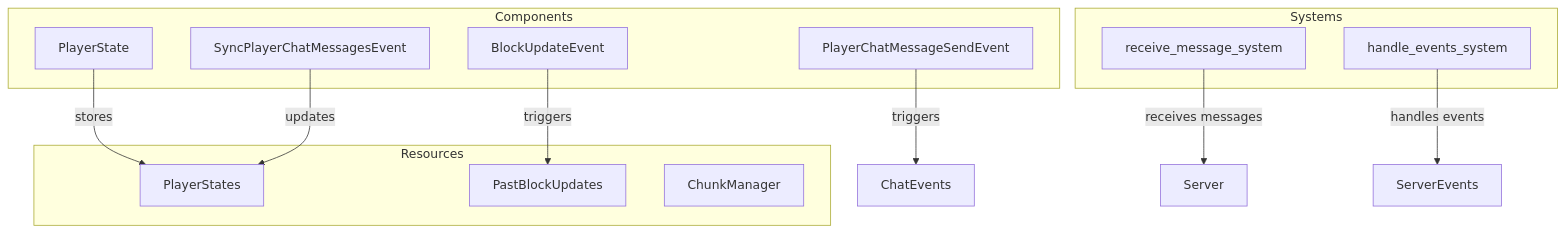
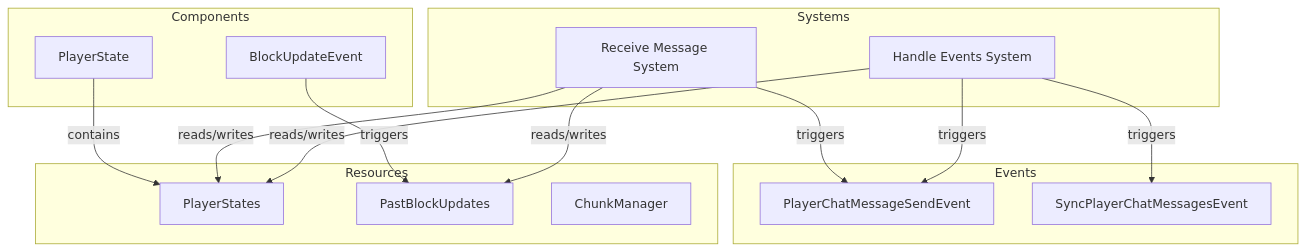
Before and after one commit to CuddlyBunion341/rsmc: the diagram in docs/server/networking.md, drawn with Mermaid. The commit also changed other lines of this file and 12 other files, not shown here.

````diff
--- a/docs/server/networking.md
+++ b/docs/server/networking.md
@@ -9,32 +10,34 @@
 ```mermaid
 graph TD
     subgraph Components
         PlayerState[PlayerState]
         BlockUpdateEvent[BlockUpdateEvent]
-        PlayerChatMessageSendEvent[PlayerChatMessageSendEvent]
-        SyncPlayerChatMessagesEvent[SyncPlayerChatMessagesEvent]
     end
-
+    
+    subgraph Systems
+        ReceiveMessageSystem[Receive Message System]
+        HandleEventsSystem[Handle Events System]
+    end
+    
     subgraph Resources
         PlayerStates[PlayerStates]
         PastBlockUpdates[PastBlockUpdates]
         ChunkManager[ChunkManager]
     end
+    
+    subgraph Events
+        PlayerChatMessageSendEvent[PlayerChatMessageSendEvent]
+        SyncPlayerChatMessagesEvent[SyncPlayerChatMessagesEvent]
+    end
 
-    subgraph Systems
-        ReceiveMessageSystem[receive_message_system]
-        HandleEventsSystem[handle_events_system]
-    end
-    
-    PlayerState -->|stores| PlayerStates
+    PlayerState -->|contains| PlayerStates
     BlockUpdateEvent -->|triggers| PastBlockUpdates
-    PlayerChatMessageSendEvent -->|triggers| ChatEvents
-    SyncPlayerChatMessagesEvent -->|updates| PlayerStates
 
-    ReceiveMessageSystem -->|receives messages| Server
-    HandleEventsSystem -->|handles events| ServerEvents
+    ReceiveMessageSystem -->|reads/writes| PlayerStates
+    ReceiveMessageSystem -->|reads/writes| PastBlockUpdates
+    ReceiveMessageSystem -->|triggers| PlayerChatMessageSendEvent
 
-    classDef components fill:#f9f,stroke:#333,stroke-width:2px;
-    classDef resources fill:#bbf,stroke:#333,stroke-width:2px;
-    classDef systems fill:#fbf,stroke:#333,stroke-width:2px;
+    HandleEventsSystem -->|reads/writes| PlayerStates
+    HandleEventsSystem -->|triggers| SyncPlayerChatMessagesEvent
+    HandleEventsSystem -->|triggers| PlayerChatMessageSendEvent
 ```
````
